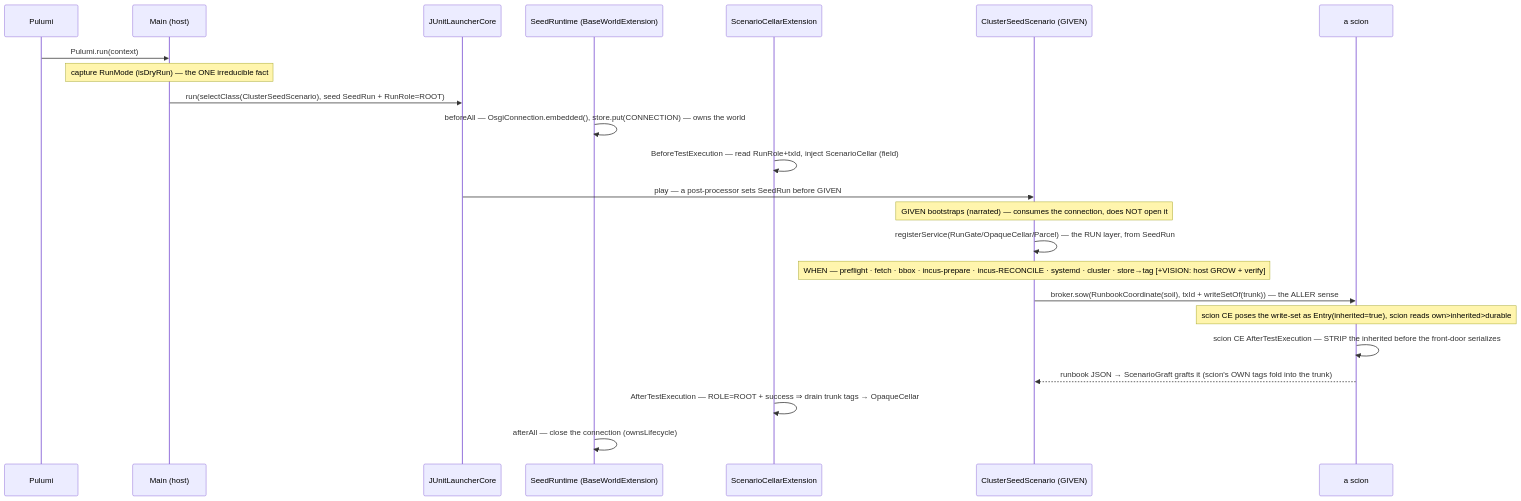
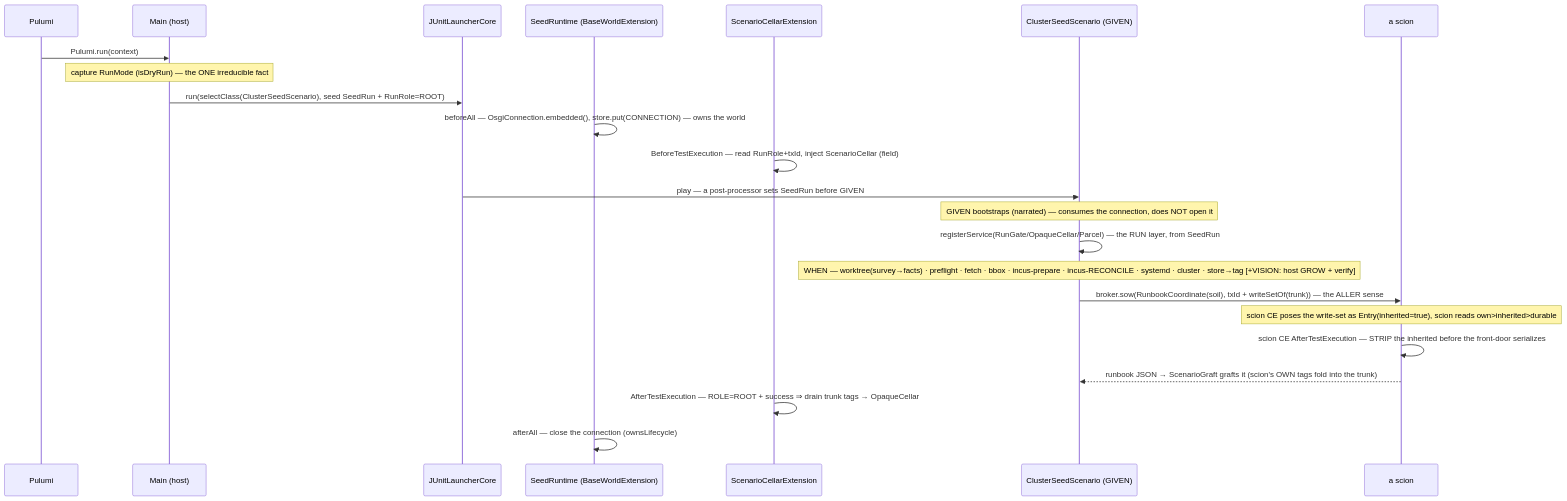
One commit to nxmatic/rke2lab changed the third of 7 diagrams in docs/architecture/atlas/seed.adoc. Above: the diagram before and after it, drawn with Mermaid. The commit also changed 3 other files, not shown here.

```diff
--- a/docs/architecture/atlas/seed.adoc
+++ b/docs/architecture/atlas/seed.adoc
@@ -299,27 +299,27 @@
 [mermaid]
 ----
 sequenceDiagram
   participant P as Pulumi
   participant M as Main (host)
   participant L as JUnitLauncherCore
   participant WE as SeedRuntime (BaseWorldExtension)
   participant CE as ScenarioCellarExtension
   participant S as ClusterSeedScenario (GIVEN)
   participant Sc as a scion
 
   P->>M: Pulumi.run(context)
   Note over M: capture RunMode (isDryRun) — the ONE irreducible fact
   M->>L: run(selectClass(ClusterSeedScenario), seed SeedRun + RunRole=ROOT)
   WE->>WE: beforeAll — OsgiConnection.embedded(), store.put(CONNECTION) — owns the world
   CE->>CE: BeforeTestExecution — read RunRole+txId, inject ScenarioCellar (field)
   L->>S: play — a post-processor sets SeedRun before GIVEN
   Note over S: GIVEN bootstraps (narrated) — consumes the connection, does NOT open it
   S->>S: registerService(RunGate/OpaqueCellar/Parcel) — the RUN layer, from SeedRun
-  Note over S: WHEN — preflight · fetch · bbox · incus-prepare · incus-RECONCILE · systemd · cluster · store→tag [+VISION: host GROW + verify]
+  Note over S: WHEN — worktree(survey→facts) · preflight · fetch · bbox · incus-prepare · incus-RECONCILE · systemd · cluster · store→tag [+VISION: host GROW + verify]
   S->>Sc: broker.sow(RunbookCoordinate(soil), txId + writeSetOf(trunk)) — the ALLER sense
   Note over Sc: scion CE poses the write-set as Entry(inherited=true), scion reads own>inherited>durable
   Sc->>Sc: scion CE AfterTestExecution — STRIP the inherited before the front-door serializes
   Sc-->>S: runbook JSON → ScenarioGraft grafts it (scion's OWN tags fold into the trunk)
   CE->>CE: AfterTestExecution — ROLE=ROOT + success ⇒ drain trunk tags → OpaqueCellar
   WE->>WE: afterAll — close the connection (ownsLifecycle)
 ----
```
